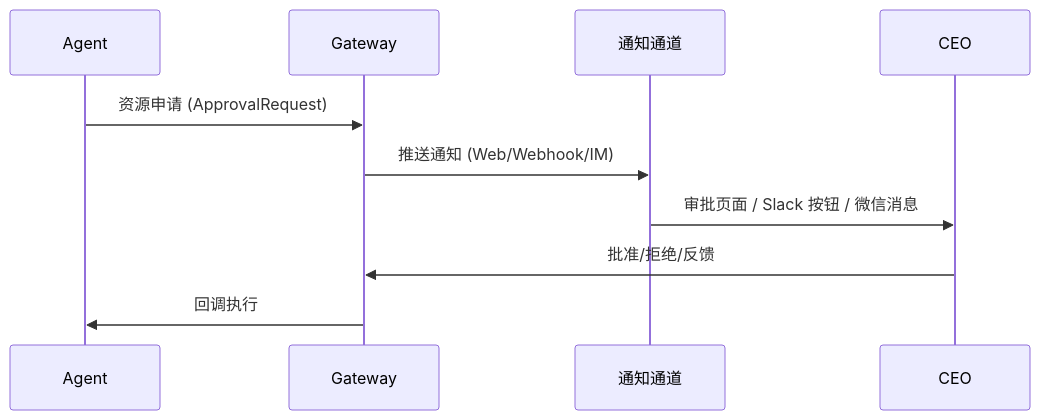
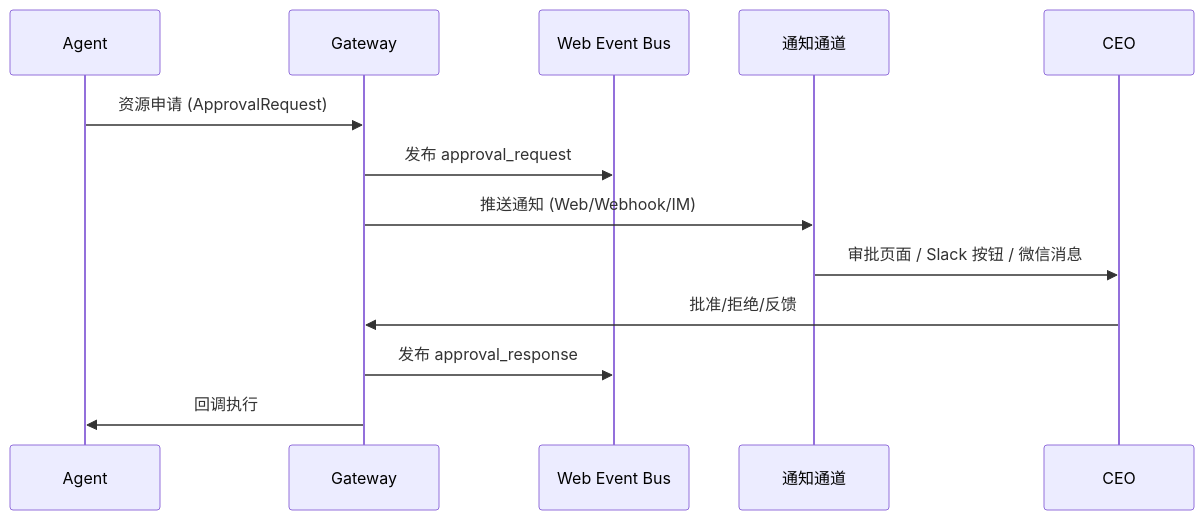
Before and after one commit to pikapikaspeedup/OPC_CEO: diagram 18 of 23 in ARCHITECTURE.md, drawn with Mermaid. The commit also changed other lines of this file and 315 other files, not shown here.

````diff
--- a/ARCHITECTURE.md
+++ b/ARCHITECTURE.md
@@ -1114,13 +1320,16 @@
 ```mermaid
 sequenceDiagram
     participant Agent
     participant GW as Gateway
+    participant SSE as Web Event Bus
     participant Ch as 通知通道
     participant CEO
 
     Agent->>GW: 资源申请 (ApprovalRequest)
+    GW->>SSE: 发布 approval_request
     GW->>Ch: 推送通知 (Web/Webhook/IM)
     Ch->>CEO: 审批页面 / Slack 按钮 / 微信消息
     CEO->>GW: 批准/拒绝/反馈
+    GW->>SSE: 发布 approval_response
     GW->>Agent: 回调执行
 ```
````
